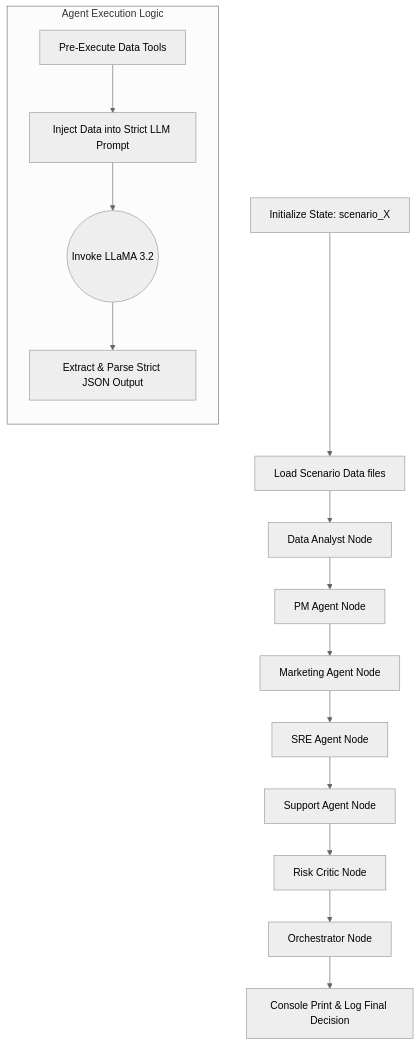
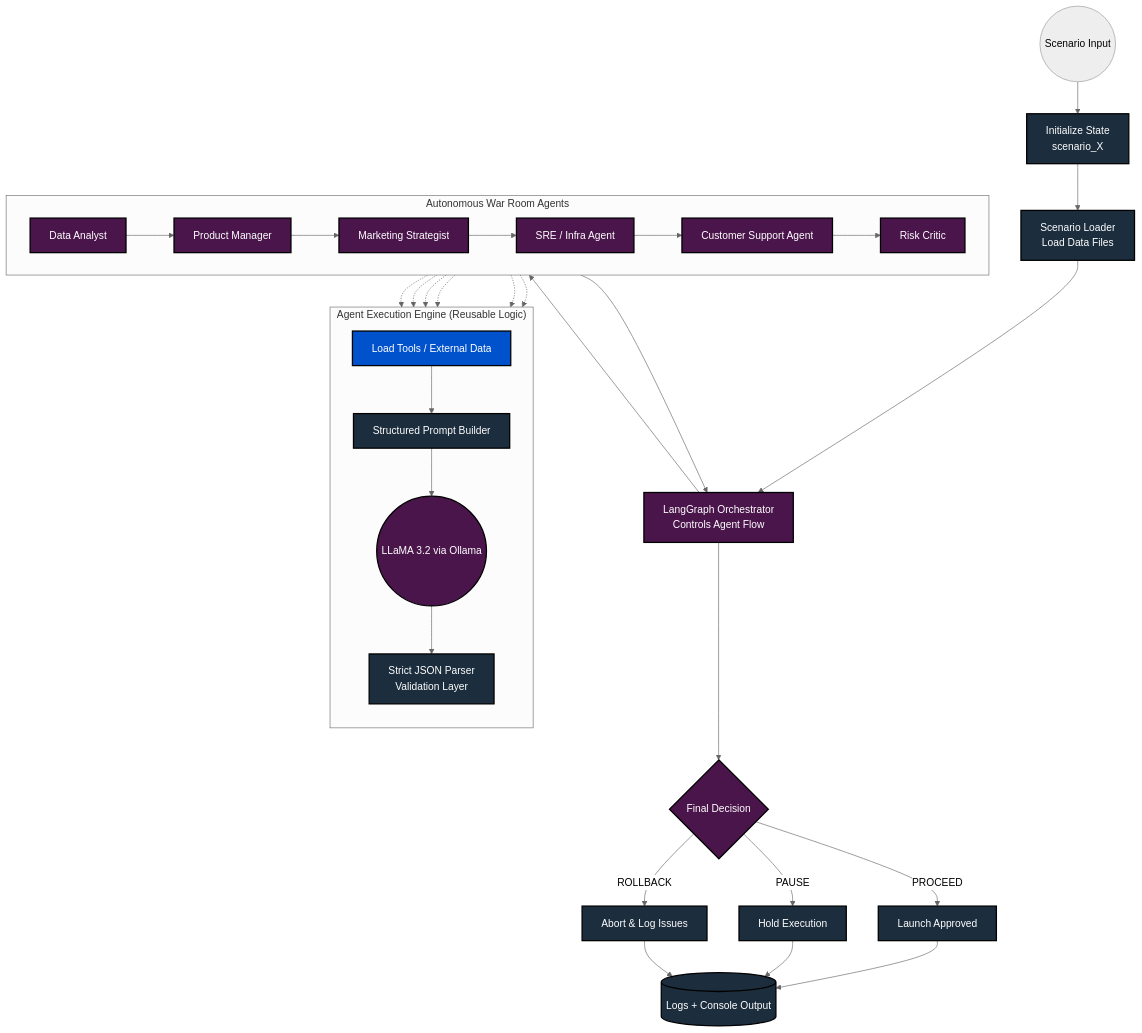
Before and after one commit to Anughna04/Multi-Agent-Product-Launch-War-Room-Simulation: the second of 2 diagrams in README.md, drawn with Mermaid (neutral theme).

Commit message:
Revise system workflow diagram in README
Updated the system workflow diagram to reflect new agent pipeline and execution engine structure.

````diff
--- a/README.md
+++ b/README.md
@@ -119,22 +119,59 @@
 ```mermaid
-flowchart TD
-    Init[Initialize State: scenario_X] --> DataLoader[Load Scenario Data files]
-    DataLoader --> DataAgent[Data Analyst Node]
-    
-    DataAgent --> PM[PM Agent Node]
-    PM --> Marketing[Marketing Agent Node]
-    Marketing --> SRE[SRE Agent Node]
-    SRE --> Support[Support Agent Node]
-    Support --> Risk[Risk Critic Node]
-    
-    subgraph Agent Execution Logic
+graph TD
+    %% ====== STYLES ======
+    classDef llm fill:#4a154b,stroke:#000,stroke-width:2px,color:#fff;
+    classDef tool fill:#0052cc,stroke:#000,stroke-width:2px,color:#fff;
+    classDef sys fill:#1c2d3d,stroke:#000,stroke-width:2px,color:#fff;
+
+    %% ====== ENTRY ======
+    Start((Scenario Input)) --> Init[Initialize State<br/>scenario_X]:::sys
+    Init --> Loader[Scenario Loader<br/>Load Data Files]:::sys
+
+    %% ====== ORCHESTRATION ======
+    Loader --> Orchestrator[LangGraph Orchestrator<br/>Controls Agent Flow]:::llm
+
+    %% ====== AGENT PIPELINE ======
+    subgraph AgentPipeline["Autonomous War Room Agents"]
+        direction LR
+        DA[Data Analyst]:::llm --> PM[Product Manager]:::llm
+        PM --> MKT[Marketing Strategist]:::llm
+        MKT --> SRE[SRE / Infra Agent]:::llm
+        SRE --> CS[Customer Support Agent]:::llm
+        CS --> RISK[Risk Critic]:::llm
+    end
+
+    Orchestrator --> DA
+    RISK --> Orchestrator
+
+    %% ====== EXECUTION ENGINE ======
+    subgraph ExecutionEngine["Agent Execution Engine (Reusable Logic)"]
         direction TB
-        LoadTools[Pre-Execute Data Tools] --> BuildPrompt[Inject Data into Strict LLM Prompt]
-        BuildPrompt --> InvokeLLM((Invoke LLaMA 3.2))
-        InvokeLLM --> ExtractJSON[Extract & Parse Strict JSON Output]
+        Tools[Load Tools / External Data]:::tool
+        Prompt[Structured Prompt Builder]:::sys
+        LLM((LLaMA 3.2 via Ollama)):::llm
+        Parser[Strict JSON Parser<br/>Validation Layer]:::sys
+
+        Tools --> Prompt
+        Prompt --> LLM
+        LLM --> Parser
     end
-    
-    Risk --> Orchestrator[Orchestrator Node]
-    
-    Orchestrator --> Final[Console Print & Log Final Decision]
+
+    %% Each agent uses execution engine
+    DA -.-> Tools
+    PM -.-> Tools
+    MKT -.-> Tools
+    SRE -.-> Tools
+    CS -.-> Tools
+    RISK -.-> Tools
+
+    %% ====== DECISION ======
+    Orchestrator --> Decision{Final Decision}:::llm
+    Decision -->|PROCEED| Proceed[Launch Approved]:::sys
+    Decision -->|PAUSE| Pause[Hold Execution]:::sys
+    Decision -->|ROLLBACK| Rollback[Abort & Log Issues]:::sys
+
+    %% ====== OUTPUT ======
+    Proceed --> Output[(Logs + Console Output)]:::sys
+    Pause --> Output
+    Rollback --> Output
 ```
````
